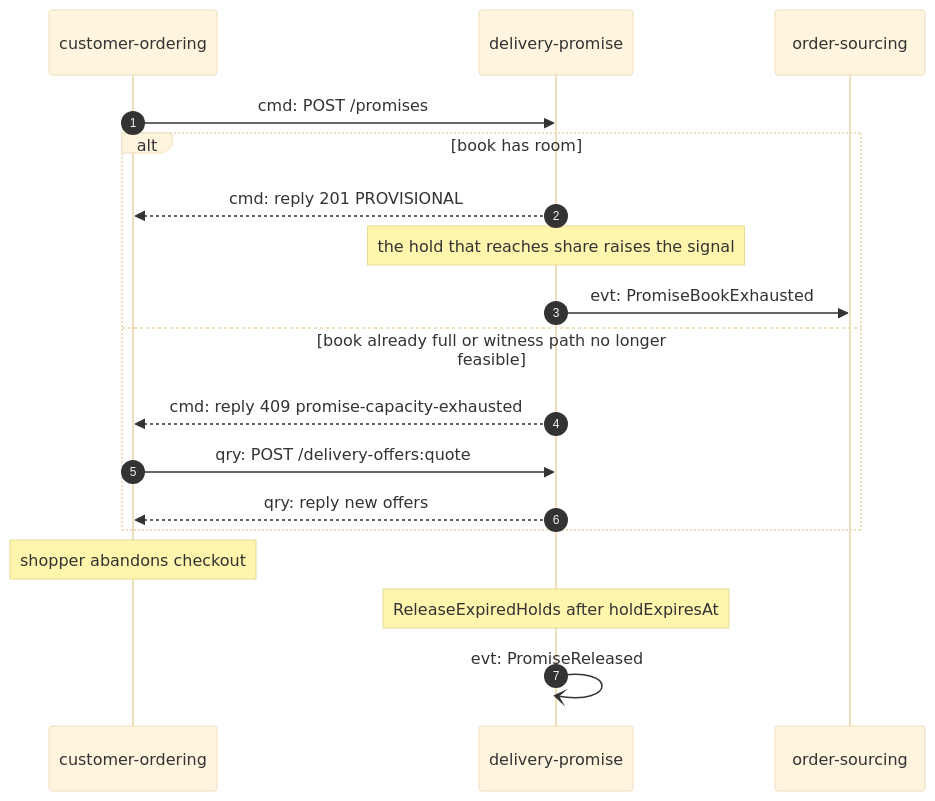
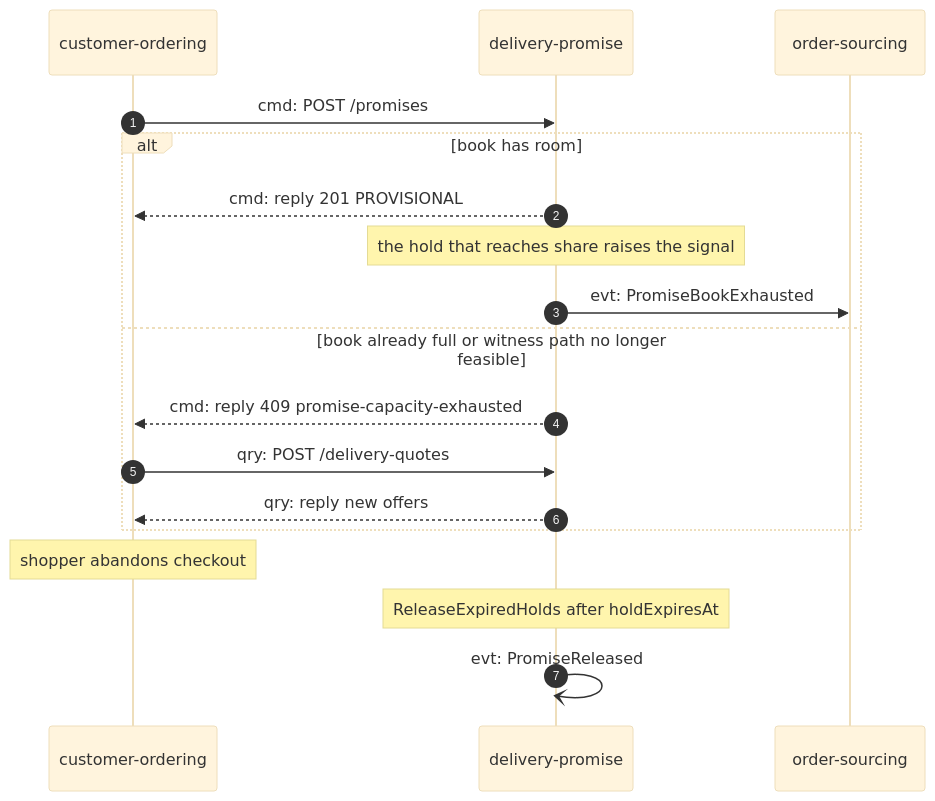
Before and after one commit to IQVO/delivery-promise: the sixth of 6 diagrams in docs/docs/ddd/domain-message-flow.md, drawn with Mermaid (base theme). The commit also changed other lines of this file and 31 other files, not shown here.

````diff
--- a/docs/docs/ddd/domain-message-flow.md
+++ b/docs/docs/ddd/domain-message-flow.md
@@ -129,20 +129,20 @@
 ```mermaid
 sequenceDiagram
   autonumber
   participant CO as customer-ordering
   participant DP as delivery-promise
   participant OS as order-sourcing
   CO->>DP: cmd: POST /promises
   alt book has room
     DP-->>CO: cmd: reply 201 PROVISIONAL
     Note over DP: the hold that reaches share raises the signal
     DP->>OS: evt: PromiseBookExhausted
   else book already full or witness path no longer feasible
     DP-->>CO: cmd: reply 409 promise-capacity-exhausted
-    CO->>DP: qry: POST /delivery-offers:quote
+    CO->>DP: qry: POST /delivery-quotes
     DP-->>CO: qry: reply new offers
   end
   Note over CO: shopper abandons checkout
   Note over DP: ReleaseExpiredHolds after holdExpiresAt
   DP-)DP: evt: PromiseReleased
 ```
````
